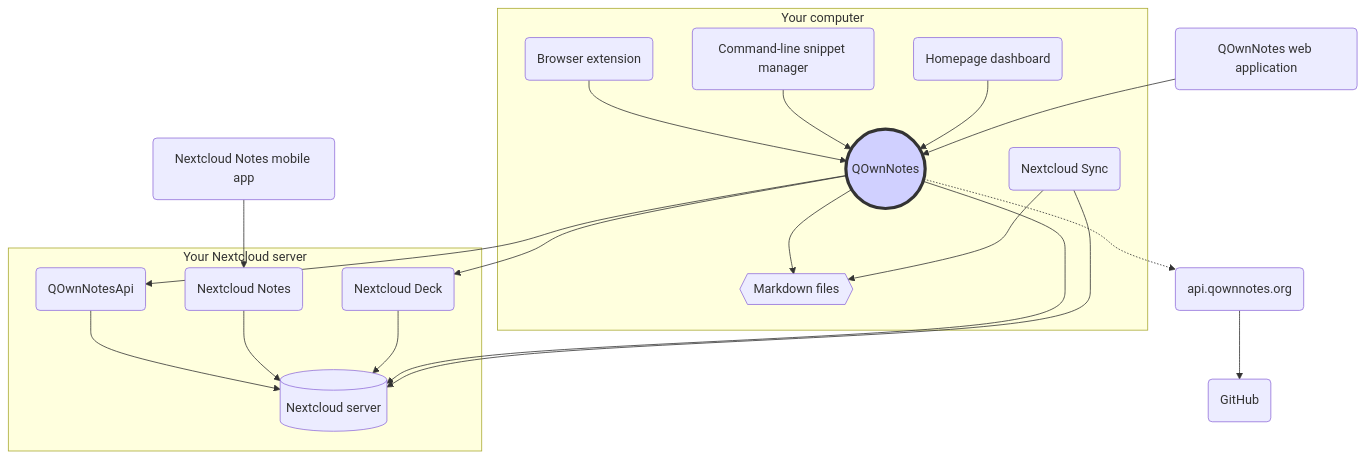
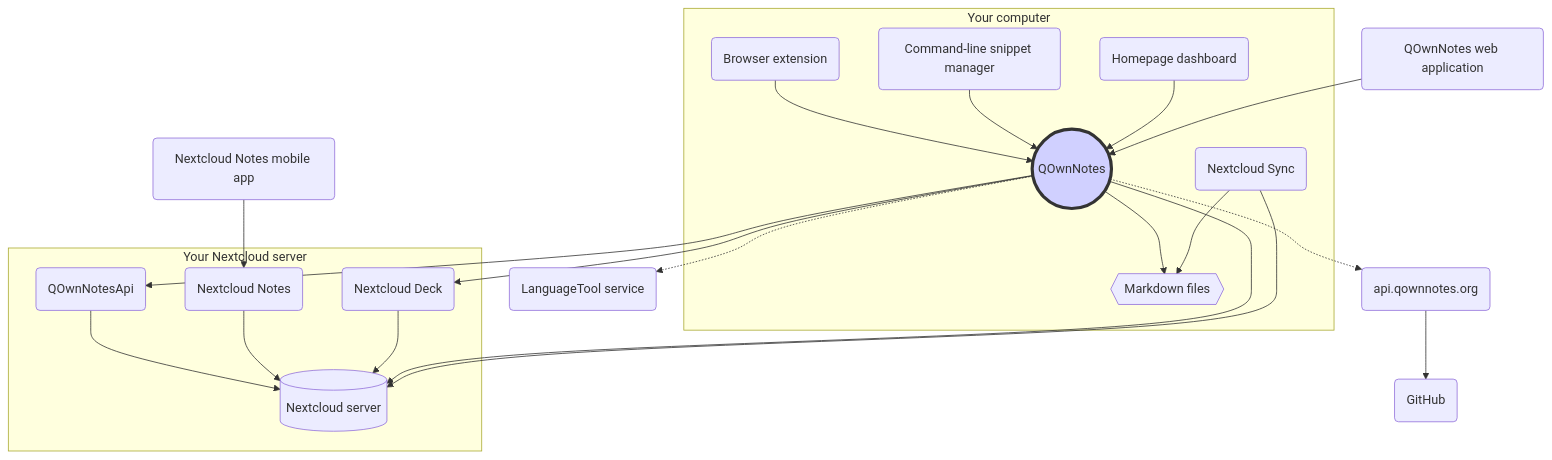
Before and after one commit to pbek/QOwnNotes: the diagram in webpage/src/getting-started/concept.md, drawn with Mermaid. The commit also changed other lines of this file and 3 other files, not shown here.

````diff
--- a/webpage/src/getting-started/concept.md
+++ b/webpage/src/getting-started/concept.md
@@ -13,39 +13,41 @@
 ```mermaid
 graph TB
     subgraph Your computer
         qon((QOwnNotes))-->md{{"Markdown files"}}
         sync("Nextcloud Sync")-->md
         qon-comp("Browser extension")-->qon
         qc("Command-line snippet manager")-->qon
         homepage("Homepage dashboard")-->qon
     end
     subgraph Your Nextcloud server
         qon-api("QOwnNotesApi")-->ncs[("Nextcloud server")]
         nc-notes-app("Nextcloud Notes")-->ncs
         nc-deck-app("Nextcloud Deck")-->ncs
     end
 
     nc-notes-mob("Nextcloud Notes mobile app")-->nc-notes-app
     qon-web-app("QOwnNotes web application")-->qon
     qon-->qon-api
     qon-->ncs
     qon-->nc-deck-app
     sync-->ncs
+    qon-.->lt("LanguageTool service")
     qon-.->qon-web-api("api.qownnotes.org")
     qon-web-api-->github("GitHub")
 
     style qon fill:#d0d0ff,stroke:#333,stroke-width:4px
     click qon "/getting-started/concept.html#qownnotes" "QOwnNotes Desktop Application for managing your notes on your desktop computer"
     click md "/getting-started/concept.html#markdown-note-files" "Markdown, media and attachment files in your note folder"
     click qon-comp "/getting-started/concept.html#qownnotes-browser-extension" "QOwnNotes browser extension for managing bookmarks in markdown files and as web clipper"
     click qc "/getting-started/concept.html#qownnotes-command-line-snippet-manager" "QOwnNotes command-line snippet manager"
     click homepage "/getting-started/concept.html#homepage-dashboard" "Homepage dashboard using QOwnNotes bookmark suggestions"
     click sync "/getting-started/concept.html#nextcloud-desktop-sync-client" "Nextcloud desktop sync client to sync your notes to your server"
     click ncs "/getting-started/concept.html#nextcloud-server" "Nextcloud server to host your notes and other files"
     click qon-api "/getting-started/concept.html#qownnotesapi-nextcloud-app" "QOwnNotesAPI Nextcloud app to access your server-side trash and note versions"
     click nc-notes-app "/getting-started/concept.html#nextcloud-notes-server-app" "Nextcloud Notes server app to manage your notes in the web"
     click nc-notes-mob "/getting-started/concept.html#nextcloud-notes-mobile-app" "Nextcloud Notes mobile app to manage your notes on your mobile phone"
     click nc-deck-app "/getting-started/concept.html#nextcloud-deck-server-app" "Nextcloud Deck server app to manage reminders and todo lists in the web"
     click qon-web-app "/getting-started/concept.html#qownnotes-web-app" "QOwnNotes Web App to send photos from your mobile phone"
+    click lt "/editor/languagetool.html" "Optional LanguageTool server for grammar and style checking"
     click qon-web-api "/getting-started/concept.html#api-qownnotes-org"
 ```
````
